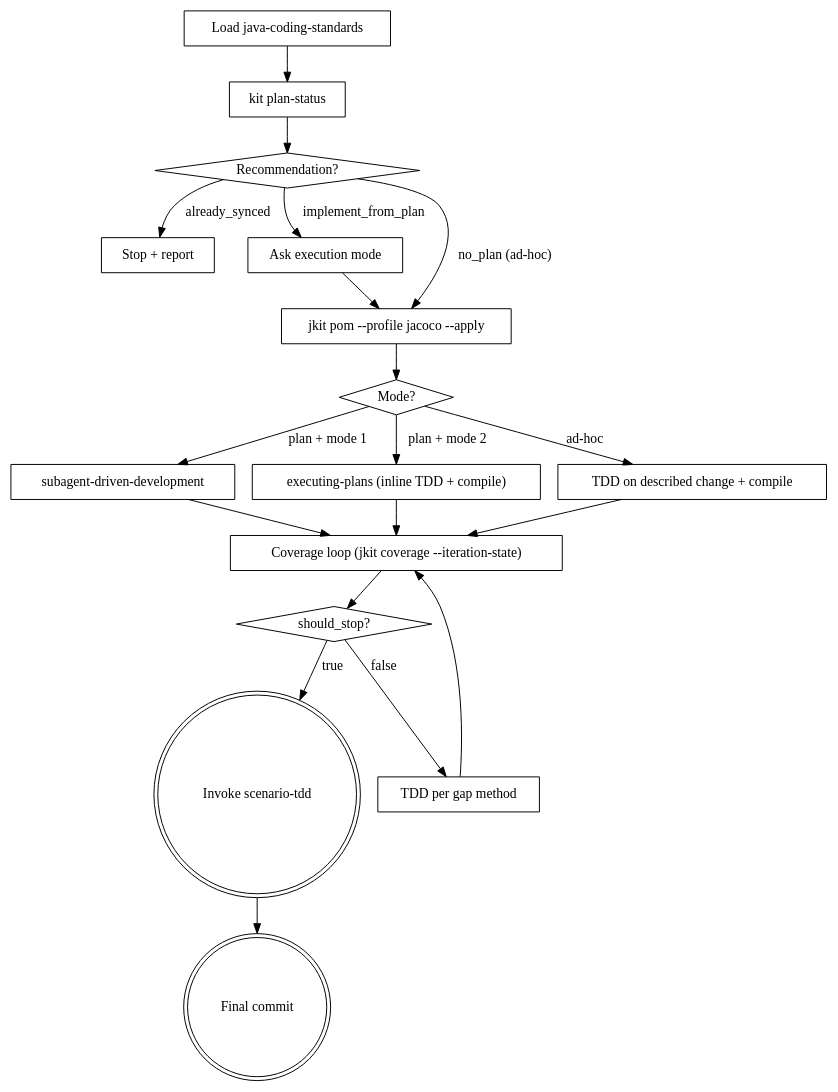
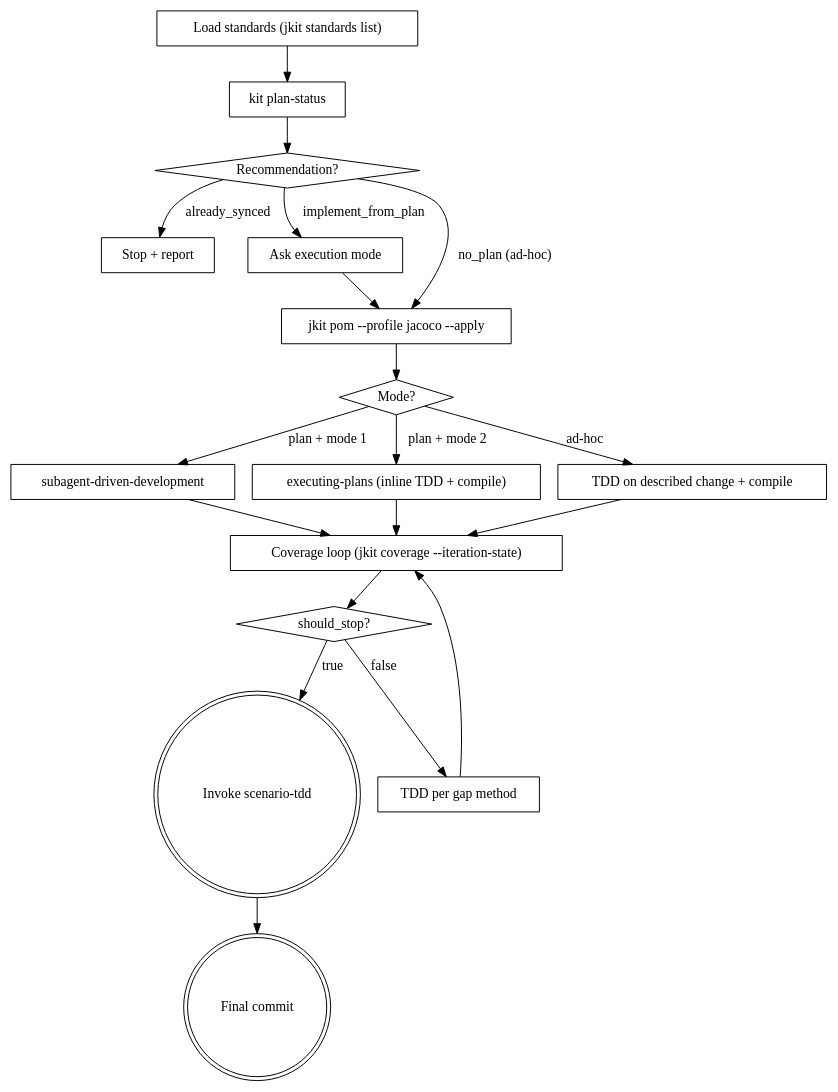
Before and after one commit to honghaowuu/jkit: the diagram in skills/java-tdd/SKILL.md, drawn with Graphviz. The commit also changed other lines of this file, not shown here.

Commit message:
skills/java-tdd: switch Step 0 to jkit standards list

````diff
--- a/skills/java-tdd/SKILL.md
+++ b/skills/java-tdd/SKILL.md
@@ -35,38 +35,38 @@
 ```dot
 digraph java_tdd {
-    "Load java-coding-standards" [shape=box];
+    "Load standards (jkit standards list)" [shape=box];
     "kit plan-status" [shape=box];
     "Recommendation?" [shape=diamond];
     "Stop + report" [shape=box];
     "Ask execution mode" [shape=box];
     "jkit pom --profile jacoco --apply" [shape=box];
     "Mode?" [shape=diamond];
     "subagent-driven-development" [shape=box];
     "executing-plans (inline TDD + compile)" [shape=box];
     "TDD on described change + compile" [shape=box];
     "Coverage loop (jkit coverage --iteration-state)" [shape=box];
     "should_stop?" [shape=diamond];
     "TDD per gap method" [shape=box];
     "Invoke scenario-tdd" [shape=doublecircle];
     "Final commit" [shape=doublecircle];
 
-    "Load java-coding-standards" -> "kit plan-status";
+    "Load standards (jkit standards list)" -> "kit plan-status";
     "kit plan-status" -> "Recommendation?";
     "Recommendation?" -> "Ask execution mode" [label="implement_from_plan"];
     "Recommendation?" -> "jkit pom --profile jacoco --apply" [label="no_plan (ad-hoc)"];
     "Recommendation?" -> "Stop + report" [label="already_synced"];
     "Ask execution mode" -> "jkit pom --profile jacoco --apply";
     "jkit pom --profile jacoco --apply" -> "Mode?";
     "Mode?" -> "subagent-driven-development" [label="plan + mode 1"];
     "Mode?" -> "executing-plans (inline TDD + compile)" [label="plan + mode 2"];
     "Mode?" -> "TDD on described change + compile" [label="ad-hoc"];
     "subagent-driven-development" -> "Coverage loop (jkit coverage --iteration-state)";
     "executing-plans (inline TDD + compile)" -> "Coverage loop (jkit coverage --iteration-state)";
     "TDD on described change + compile" -> "Coverage loop (jkit coverage --iteration-state)";
     "Coverage loop (jkit coverage --iteration-state)" -> "should_stop?";
     "should_stop?" -> "TDD per gap method" [label="false"];
     "TDD per gap method" -> "Coverage loop (jkit coverage --iteration-state)";
     "should_stop?" -> "Invoke scenario-tdd" [label="true"];
     "Invoke scenario-tdd" -> "Final commit";
 }
 ```
````
